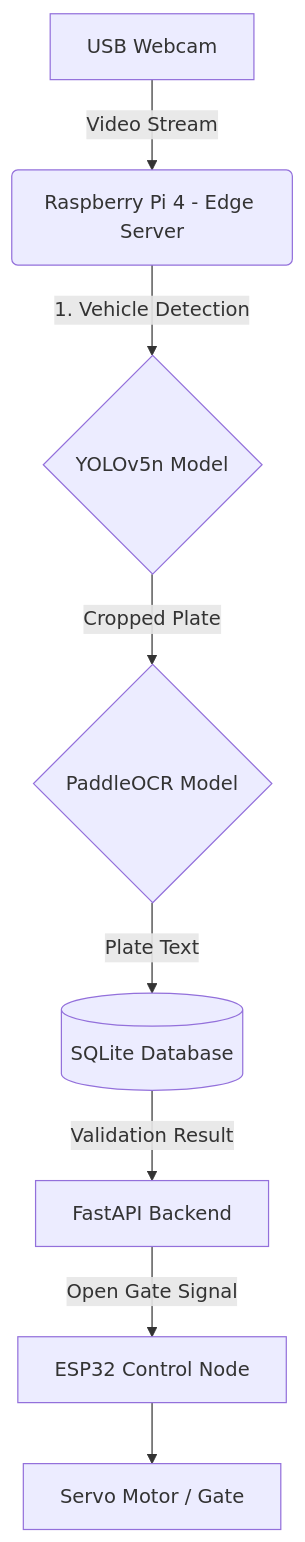
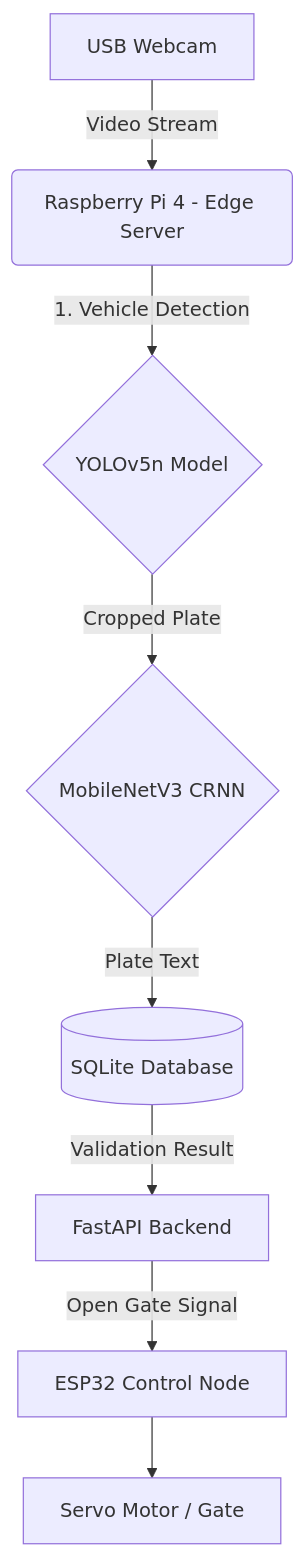
One commit to thien2411-vn/Edge_AI_for_Vehicle_Monitoring changed the diagram in README.md. Above: the diagram before and after it, drawn with Mermaid. The commit also changed other lines of this file, not shown here.

````diff
--- a/README.md
+++ b/README.md
@@ -11,10 +11,10 @@
 ```mermaid
 graph TD
     A[USB Webcam] -->|Video Stream| B(Raspberry Pi 4 - Edge Server)
     B -->|1. Vehicle Detection| C{YOLOv5n Model}
-    C -->|Cropped Plate| E{PaddleOCR Model}
+    C -->|Cropped Plate| E{MobileNetV3 CRNN}
     E -->|Plate Text| F[(SQLite Database)]
     F -->|Validation Result| G[FastAPI Backend]
     G -->|Open Gate Signal| H[ESP32 Control Node]
     H --> I[Servo Motor / Gate]
 ```
````
